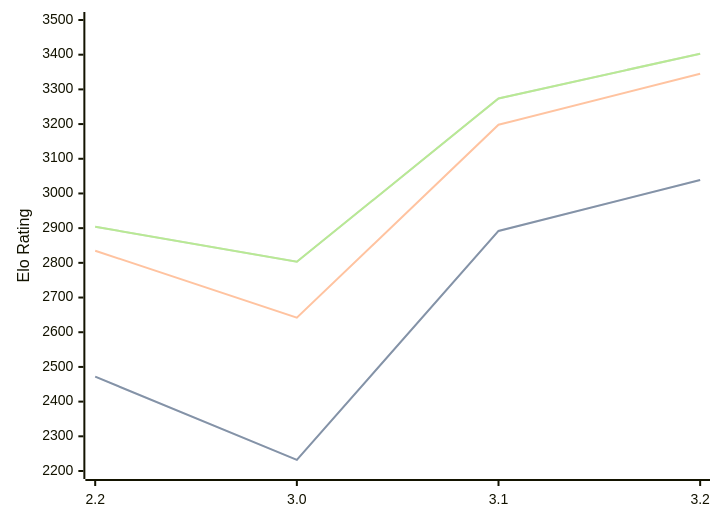
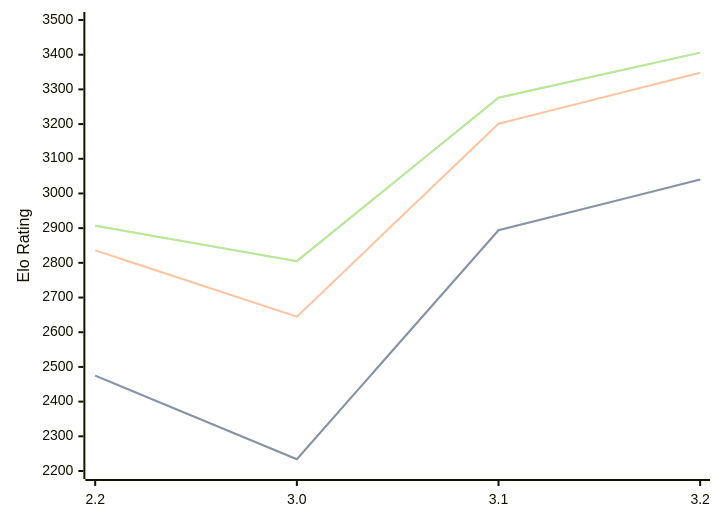
The diagram in engines/Thrawn.md (computer-chess-index/cci), drawn with Mermaid before and after one commit. The commit also changed other lines of this file, not shown here.

Commit message:
Update CCI Ratings (ELO VLTC) - 2026-09-24

````diff
--- a/engines/Thrawn.md
+++ b/engines/Thrawn.md
@@ -34,11 +34,11 @@
 ```mermaid
 %%{init: {"theme":"base","themeVariables":{"seriesColors:['#a3a3a3','#222221','#faa371']}}}%%
 xychart-beta
   x-axis ["2.2", "3.0", "3.1", "3.2"]
   y-axis "Elo Rating" 2200 --> 3500
-  line "" [2472, 2232, 2892, 3039]
-  line "STC (8.0+0.08s)" [2472, 2232, 2892, 3039]
-  line "LTC (60.0+0.60s)" [2835, 2642, 3198, 3345]
-  line "" [2904, 2803, 3274, 3403]
-  line "VLTC (2m24s+1.12s)" [2904, 2803, 3274, 3403]
+  line "" [2475, 2234, 2894, 3040]
+  line "STC (8.0+0.08s)" [2475, 2234, 2894, 3040]
+  line "LTC (60.0+0.60s)" [2836, 2645, 3201, 3348]
+  line "" [2907, 2805, 3276, 3406]
+  line "VLTC (2m24s+1.12s)" [2907, 2805, 3276, 3406]
 ```
````
